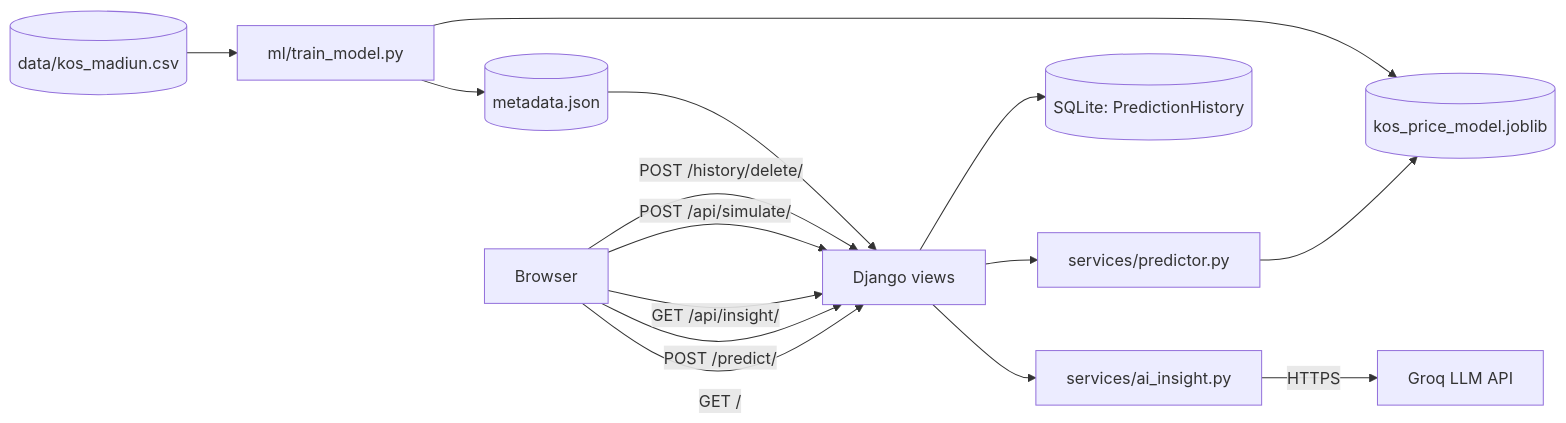
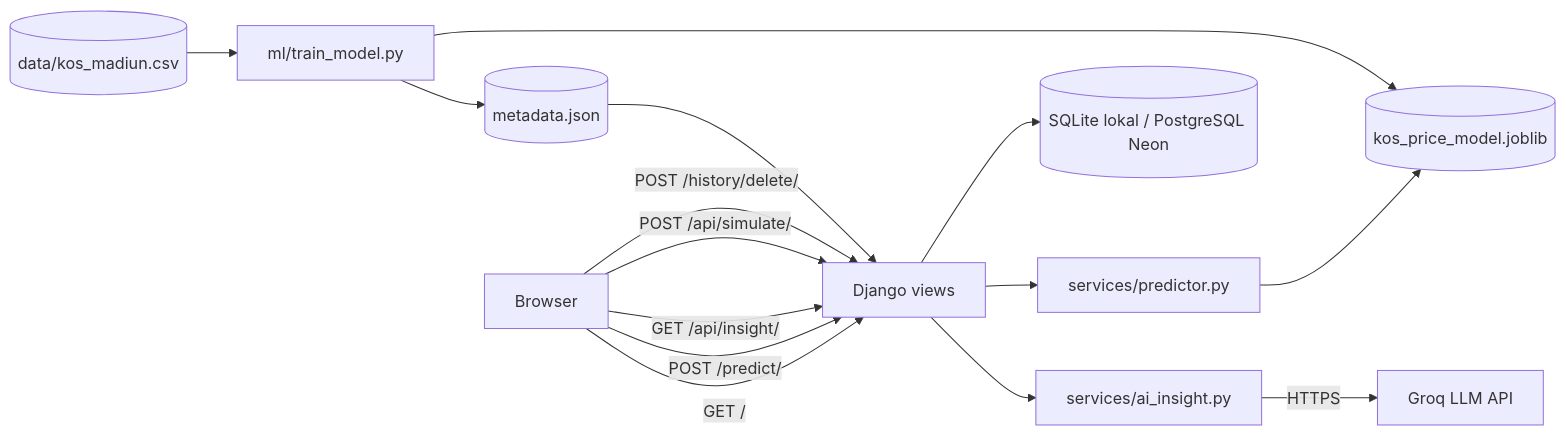
The diagram in README.md (BagusDananjaya1922/KOS-PREDICT-AI), drawn with Mermaid before and after one commit. The commit also changed other lines of this file and 8 other files, not shown here.

````diff
--- a/README.md
+++ b/README.md
@@ -70,17 +71,17 @@
 ```mermaid
 flowchart LR
     U[Browser] -->|GET /| V[Django views]
     U -->|POST /predict/| V
     U -->|GET /api/insight/| V
     U -->|POST /api/simulate/| V
     U -->|POST /history/delete/| V
     V --> P[services/predictor.py]
     P --> M[(kos_price_model.joblib)]
-    V --> DB[(SQLite: PredictionHistory)]
+    V --> DB[(SQLite lokal / PostgreSQL Neon)]
     V --> A[services/ai_insight.py]
     A -->|HTTPS| G[Groq LLM API]
     D[(data/kos_madiun.csv)] --> T[ml/train_model.py]
     T --> M
     T --> J[(metadata.json)]
     J --> V
 ```
````
